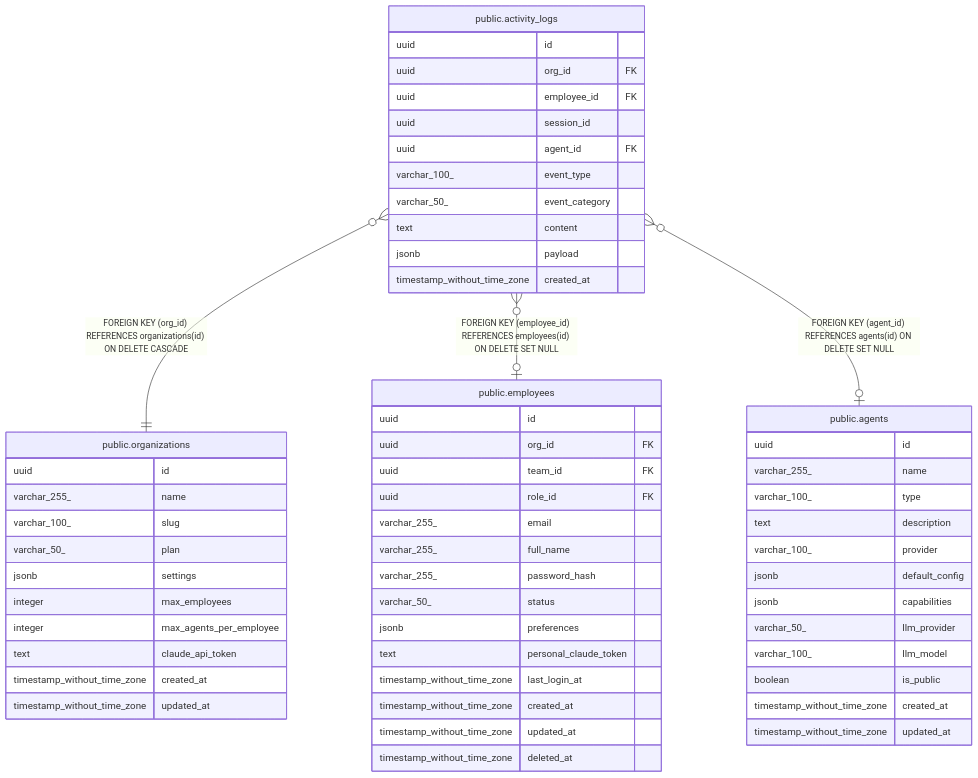
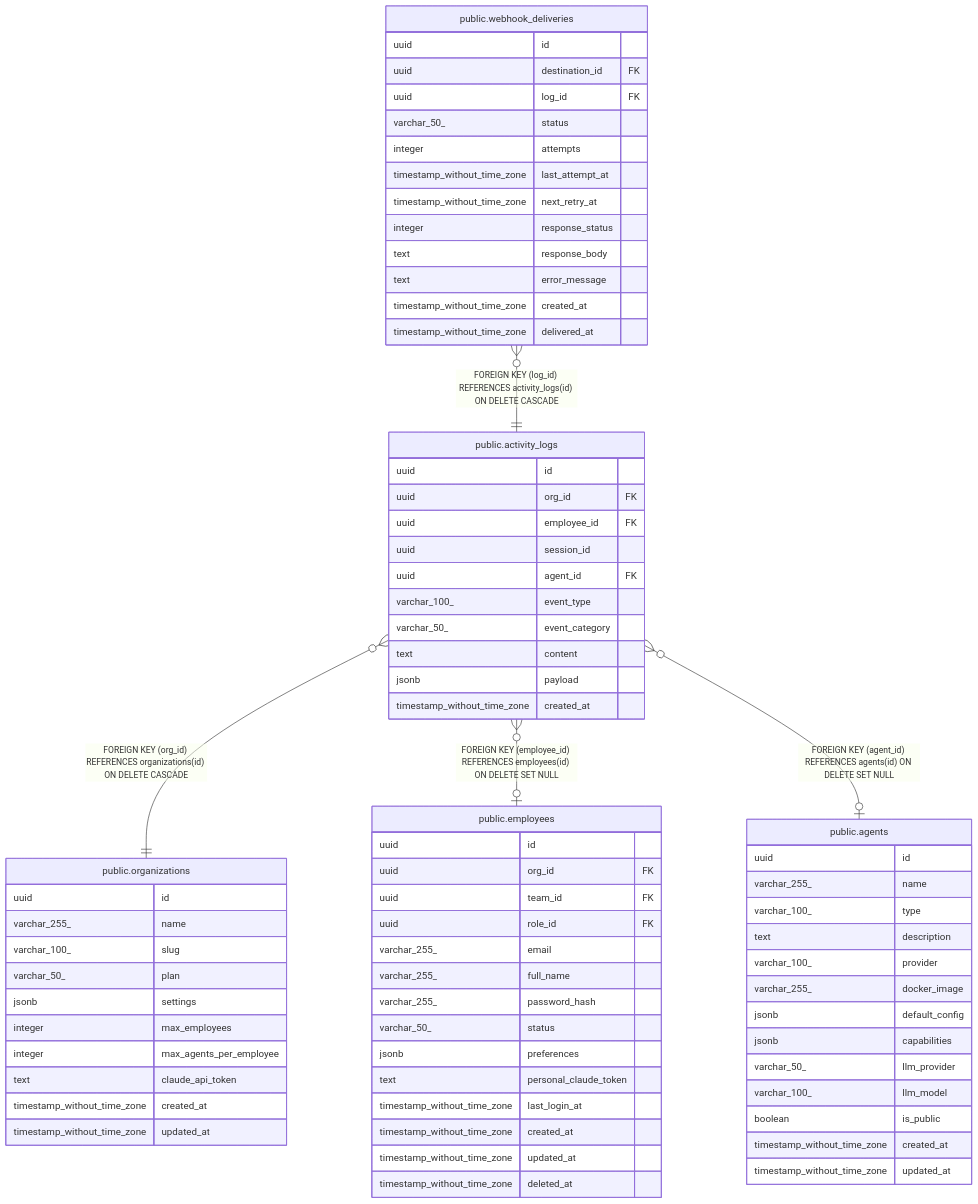
The diagram in docs/public.activity_logs.md (rastrigin-systems/arfa), drawn with Mermaid before and after one commit. The commit also changed other lines of this file and 27 other files, not shown here.

Commit message:
chore: Update docs, seeds, and docker-compose for webhook schema (#390)

````diff
--- a/docs/public.activity_logs.md
+++ b/docs/public.activity_logs.md
@@ -44,62 +44,78 @@
 ```mermaid
 erDiagram
 
+"public.webhook_deliveries" }o--|| "public.activity_logs" : "FOREIGN KEY (log_id) REFERENCES activity_logs(id) ON DELETE CASCADE"
 "public.activity_logs" }o--|| "public.organizations" : "FOREIGN KEY (org_id) REFERENCES organizations(id) ON DELETE CASCADE"
 "public.activity_logs" }o--o| "public.employees" : "FOREIGN KEY (employee_id) REFERENCES employees(id) ON DELETE SET NULL"
 "public.activity_logs" }o--o| "public.agents" : "FOREIGN KEY (agent_id) REFERENCES agents(id) ON DELETE SET NULL"
 
 "public.activity_logs" {
   uuid id
   uuid org_id FK
   uuid employee_id FK
   uuid session_id
   uuid agent_id FK
   varchar_100_ event_type
   varchar_50_ event_category
   text content
   jsonb payload
   timestamp_without_time_zone created_at
+}
+"public.webhook_deliveries" {
+  uuid id
+  uuid destination_id FK
+  uuid log_id FK
+  varchar_50_ status
+  integer attempts
+  timestamp_without_time_zone last_attempt_at
+  timestamp_without_time_zone next_retry_at
+  integer response_status
+  text response_body
+  text error_message
+  timestamp_without_time_zone created_at
+  timestamp_without_time_zone delivered_at
 }
 "public.organizations" {
   uuid id
   varchar_255_ name
   varchar_100_ slug
   varchar_50_ plan
   jsonb settings
   integer max_employees
   integer max_agents_per_employee
   text claude_api_token
   timestamp_without_time_zone created_at
   timestamp_without_time_zone updated_at
 }
 "public.employees" {
   uuid id
   uuid org_id FK
   uuid team_id FK
   uuid role_id FK
   varchar_255_ email
   varchar_255_ full_name
   varchar_255_ password_hash
   varchar_50_ status
   jsonb preferences
   text personal_claude_token
   timestamp_without_time_zone last_login_at
   timestamp_without_time_zone created_at
   timestamp_without_time_zone updated_at
   timestamp_without_time_zone deleted_at
 }
 "public.agents" {
   uuid id
   varchar_255_ name
   varchar_100_ type
   text description
   varchar_100_ provider
+  varchar_255_ docker_image
   jsonb default_config
   jsonb capabilities
   varchar_50_ llm_provider
   varchar_100_ llm_model
   boolean is_public
   timestamp_without_time_zone created_at
   timestamp_without_time_zone updated_at
 }
 ```
````
